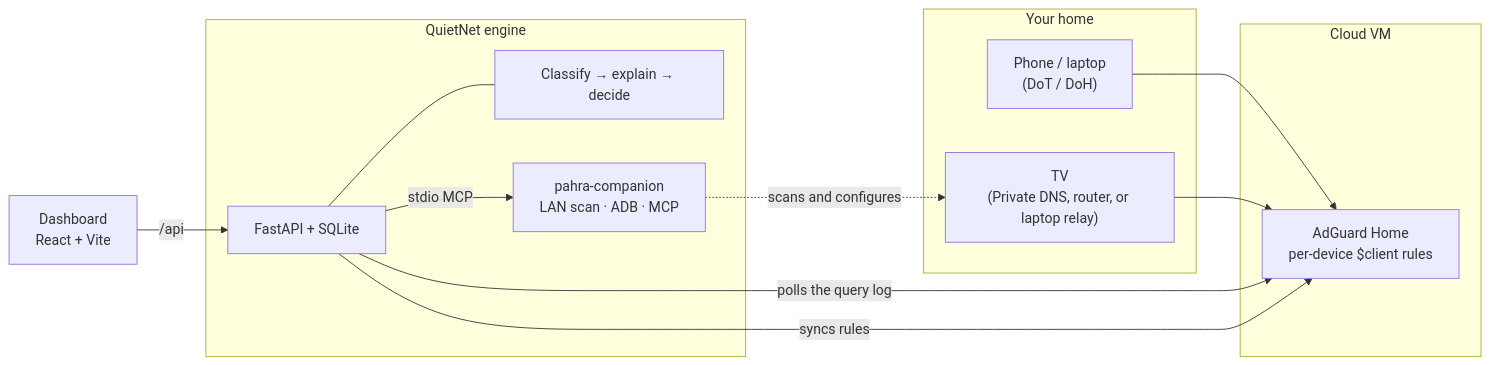
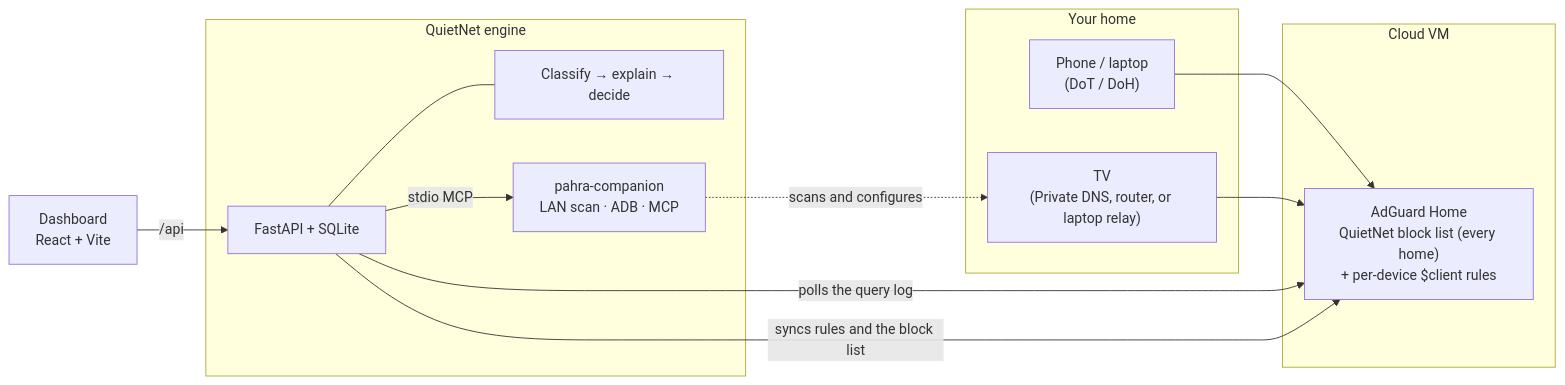
The diagram in README.md (ARahhul/QuietNet), drawn with Mermaid before and after one commit. The commit also changed other lines of this file and 44 other files, not shown here.

````diff
--- a/README.md
+++ b/README.md
@@ -49,28 +50,28 @@
 ```mermaid
 flowchart LR
     subgraph home["Your home"]
         phone["Phone / laptop<br/>(DoT / DoH)"]
         tv["TV<br/>(Private DNS, router, or laptop relay)"]
     end
 
     subgraph vm["Cloud VM"]
-        adguard["AdGuard Home<br/>per-device $client rules"]
+        adguard["AdGuard Home<br/>QuietNet block list (every home)<br/>+ per-device $client rules"]
     end
 
     subgraph engine["QuietNet engine"]
         api["FastAPI + SQLite"]
         pipe["Classify → explain → decide"]
         companion["pahra-companion<br/>LAN scan · ADB · MCP"]
     end
 
     ui["Dashboard<br/>React + Vite"]
 
     phone --> adguard
     tv --> adguard
     api -- "polls the query log" --> adguard
-    api -- "syncs rules" --> adguard
+    api -- "syncs rules and the block list" --> adguard
     api --- pipe
     api -- "stdio MCP" --> companion
     companion -. "scans and configures" .-> tv
     ui -- "/api" --> api
 ```
````
